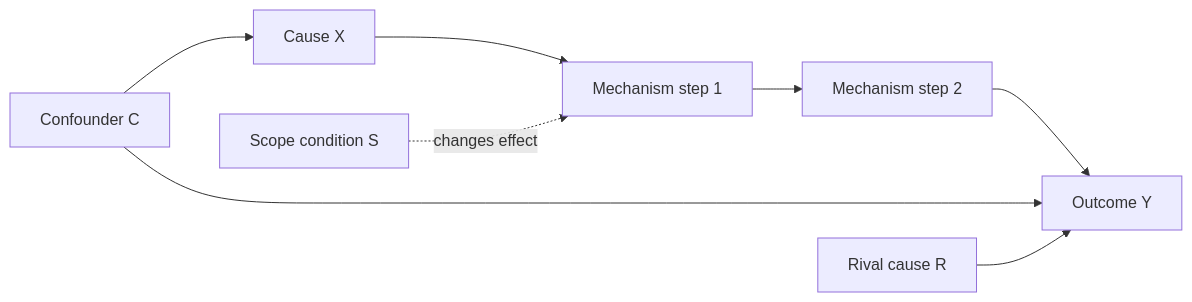
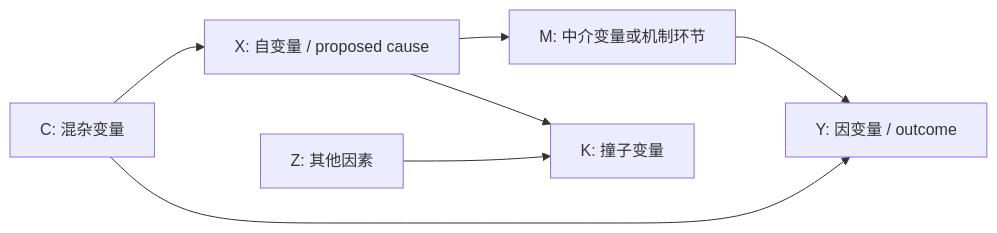
The first of 2 diagrams in references/causal-explanation.md (Y02-26/ir-research-architect-skill), drawn with Mermaid before and after one commit. The commit also changed other lines of this file, not shown here.

````diff
--- a/references/causal-explanation.md
+++ b/references/causal-explanation.md
@@ -158,10 +175,10 @@
 ```mermaid
 flowchart LR
-  X["Cause X"] --> M1["Mechanism step 1"]
-  M1 --> M2["Mechanism step 2"]
-  M2 --> Y["Outcome Y"]
-  C["Confounder C"] --> X
+  X["X: 自变量 / proposed cause"] --> M["M: 中介变量或机制环节"]
+  M --> Y["Y: 因变量 / outcome"]
+  C["C: 混杂变量"] --> X
   C --> Y
-  S["Scope condition S"] -.changes effect.-> M1
-  R["Rival cause R"] --> Y
+  K["K: 撞子变量"] 
+  X --> K
+  Z["Z: 其他因素"] --> K
 ```
````
